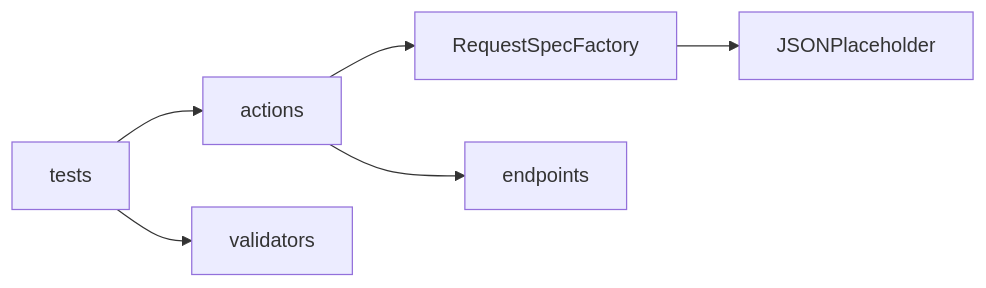
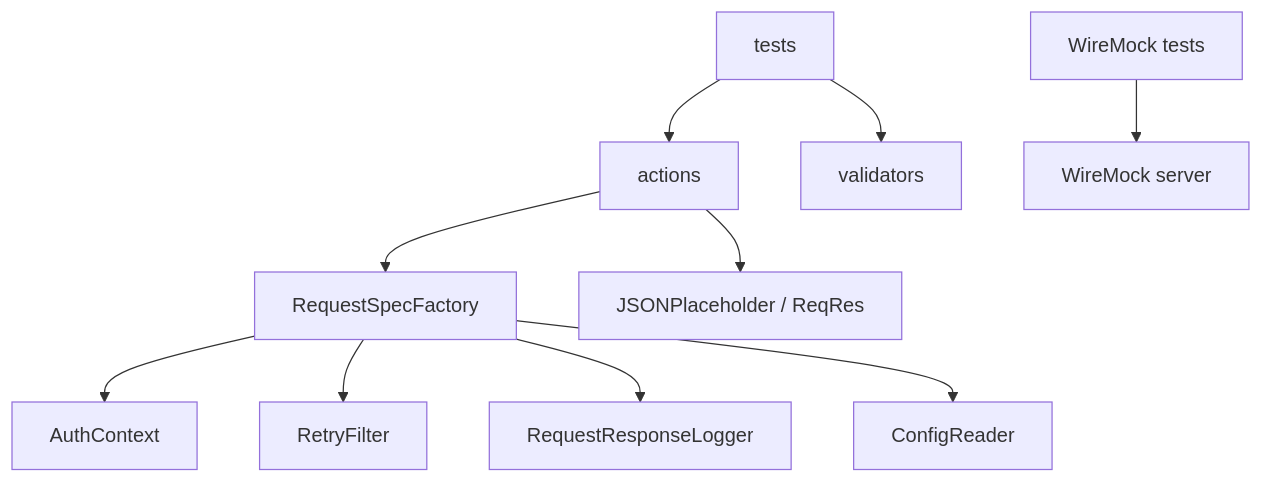
One commit to iprasandeep/api-restassured-java-framework changed the diagram in README.md. Above: the diagram before and after it, drawn with Mermaid. The commit also changed other lines of this file and 26 other files, not shown here.

Commit message:
Extend API framework with auth, multi-env config, WireMock stubs, retries, and ReqRes coverage

````diff
--- a/README.md
+++ b/README.md
@@ -19,8 +20,12 @@
 ```mermaid
-flowchart LR
+flowchart TB
   Tests[tests] --> Actions[actions]
   Tests --> Validators[validators]
-  Actions --> Client[RequestSpecFactory]
-  Actions --> Endpoints[endpoints]
-  Client --> API[JSONPlaceholder]
+  Actions --> SpecFactory[RequestSpecFactory]
+  SpecFactory --> Auth[AuthContext]
+  SpecFactory --> Retry[RetryFilter]
+  SpecFactory --> Logging[RequestResponseLogger]
+  SpecFactory --> Env[ConfigReader]
+  Actions --> LiveAPI[JSONPlaceholder / ReqRes]
+  WireMockTests[WireMock tests] --> WireMock[WireMock server]
 ```
````
